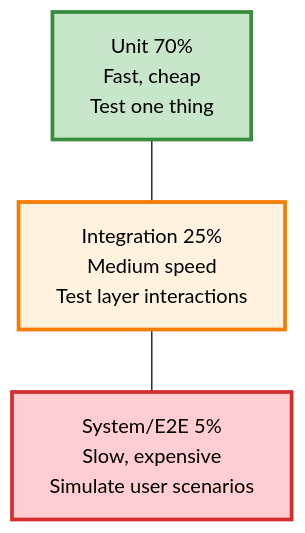
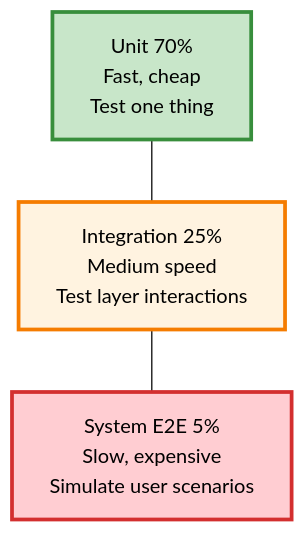
The first of 2 diagrams in docs/architecture/testing/pyramid.md (Keglev/stockease), drawn with Mermaid (forest theme) before and after one commit. The commit also changed 3 other files, not shown here.

Commit message:
fix: Remove special characters from unquoted mermaid node labels

````diff
--- a/docs/architecture/testing/pyramid.md
+++ b/docs/architecture/testing/pyramid.md
@@ -11,13 +11,13 @@
 ```mermaid
 graph TD
-    A[System/E2E 5%<br/>Slow, expensive<br/>Simulate user scenarios] 
+    A["System E2E 5%<br/>Slow, expensive<br/>Simulate user scenarios"] 
     B[Integration 25%<br/>Medium speed<br/>Test layer interactions]
     C[Unit 70%<br/>Fast, cheap<br/>Test one thing]
     
     C --- B
     B --- A
     
     style A fill:#ffcdd2,stroke:#d32f2f,stroke-width:3px
     style B fill:#fff3e0,stroke:#f57c00,stroke-width:3px
     style C fill:#c8e6c9,stroke:#388e3c,stroke-width:3px
 ```
````
